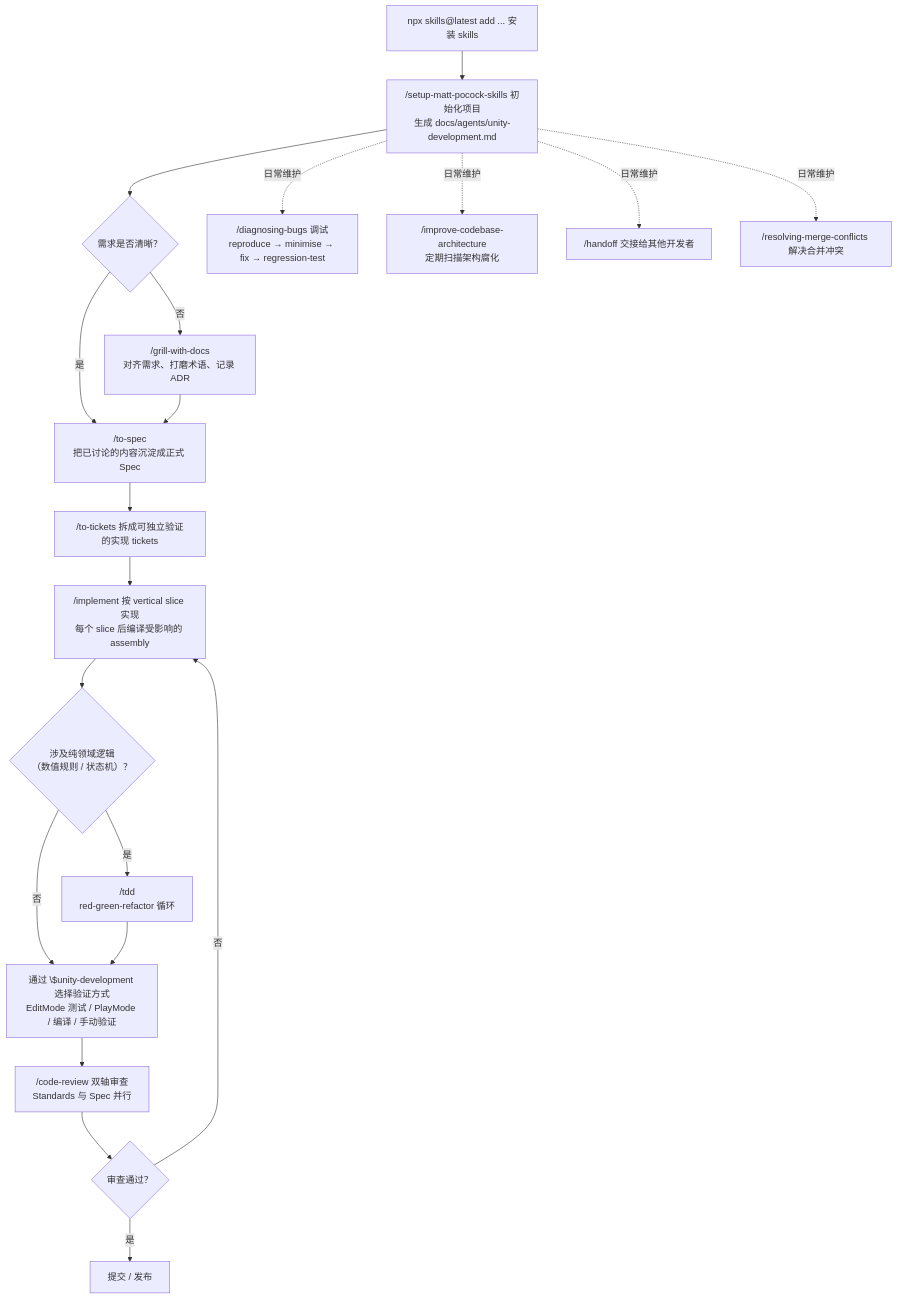
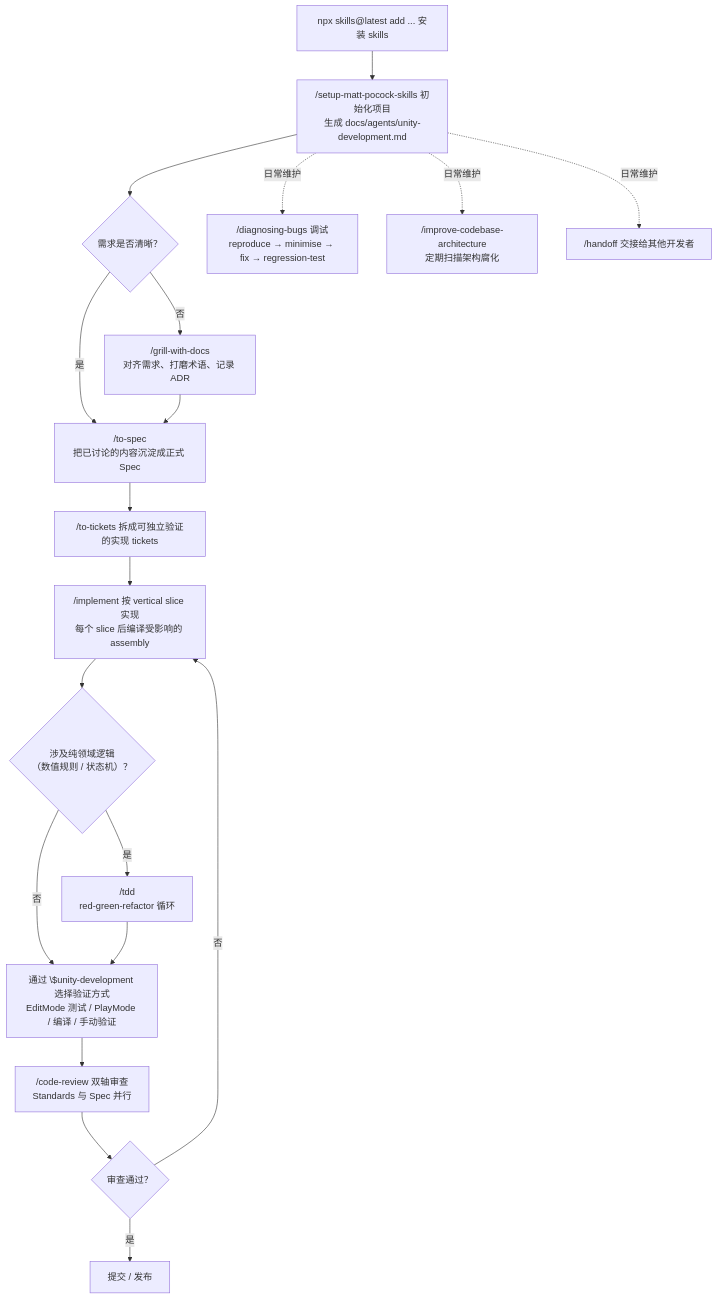
One commit to hi-fangj/unity-mattpocock-skills-zh-CN changed the diagram in README.md. Above: the diagram before and after it, drawn with Mermaid. The commit also changed other lines of this file and 72 other files, not shown here.

````diff
--- a/README.md
+++ b/README.md
@@ -52,39 +63,38 @@
 ```mermaid
 flowchart TD
     A["npx skills@latest add ... 安装 skills"]
     B["/setup-matt-pocock-skills 初始化项目<br/>生成 docs/agents/unity-development.md"]
     A --> B
 
     C{"需求是否清晰？"}
     B --> C
     D["/grill-with-docs<br/>对齐需求、打磨术语、记录 ADR"]
     C -- "否" --> D
     E["/to-spec<br/>把已讨论的内容沉淀成正式 Spec"]
     C -- "是" --> E
     D --> E
 
     F["/to-tickets 拆成可独立验证的实现 tickets"]
     E --> F
     G["/implement 按 vertical slice 实现<br/>每个 slice 后编译受影响的 assembly"]
     F --> G
 
     H{"涉及纯领域逻辑<br/>（数值规则 / 状态机）？"}
     G --> H
     I["/tdd<br/>red-green-refactor 循环"]
     H -- "是" --> I
     J["通过 \$unity-development 选择验证方式<br/>EditMode 测试 / PlayMode / 编译 / 手动验证"]
     H -- "否" --> J
     I --> J
 
     K["/code-review 双轴审查<br/>Standards 与 Spec 并行"]
     J --> K
     L{"审查通过？"}
     K --> L
     L -- "否" --> G
     L -- "是" --> M["提交 / 发布"]
 
     B -.日常维护.-> N["/diagnosing-bugs 调试<br/>reproduce → minimise → fix → regression-test"]
     B -.日常维护.-> O["/improve-codebase-architecture<br/>定期扫描架构腐化"]
     B -.日常维护.-> P["/handoff 交接给其他开发者"]
-    B -.日常维护.-> Q["/resolving-merge-conflicts 解决合并冲突"]
 ```
````
